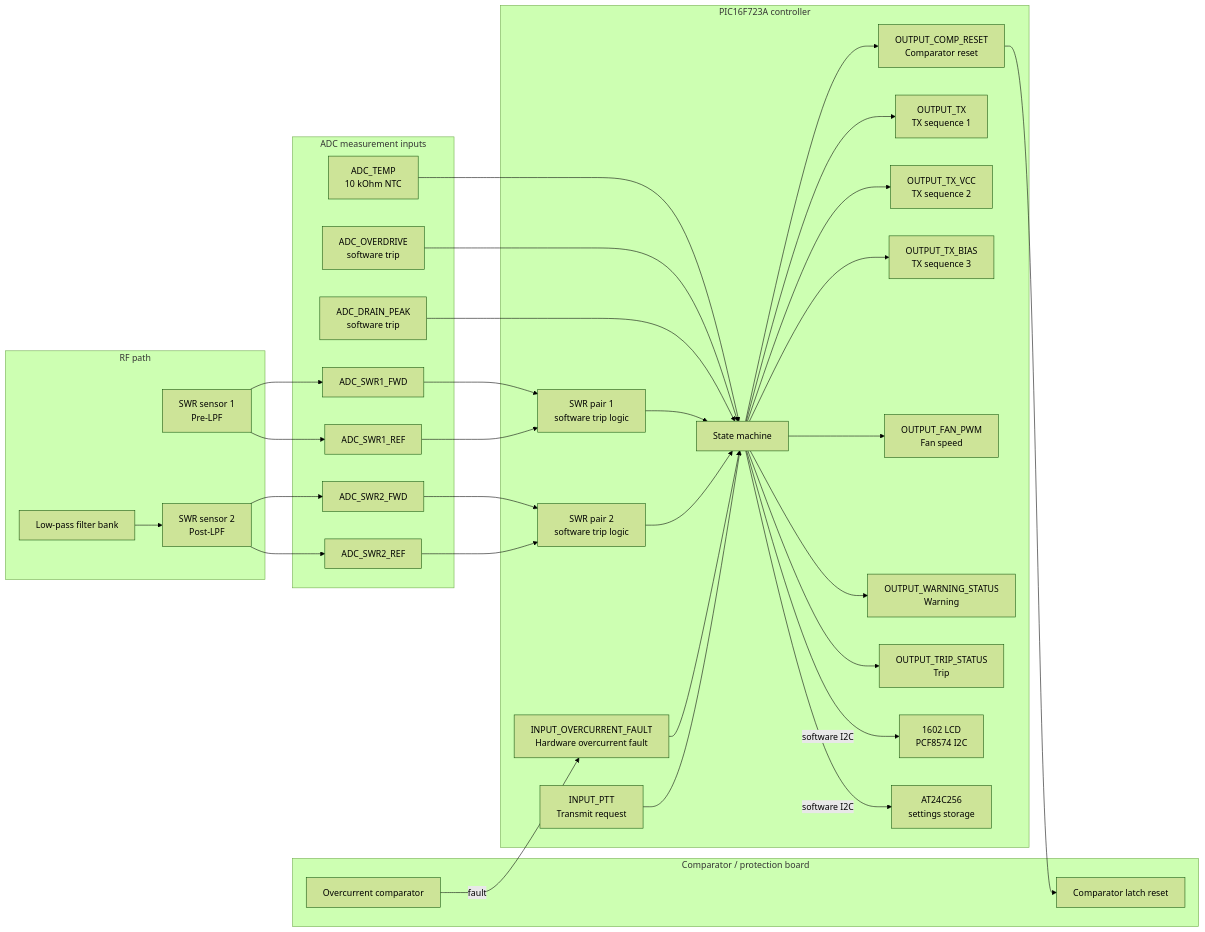
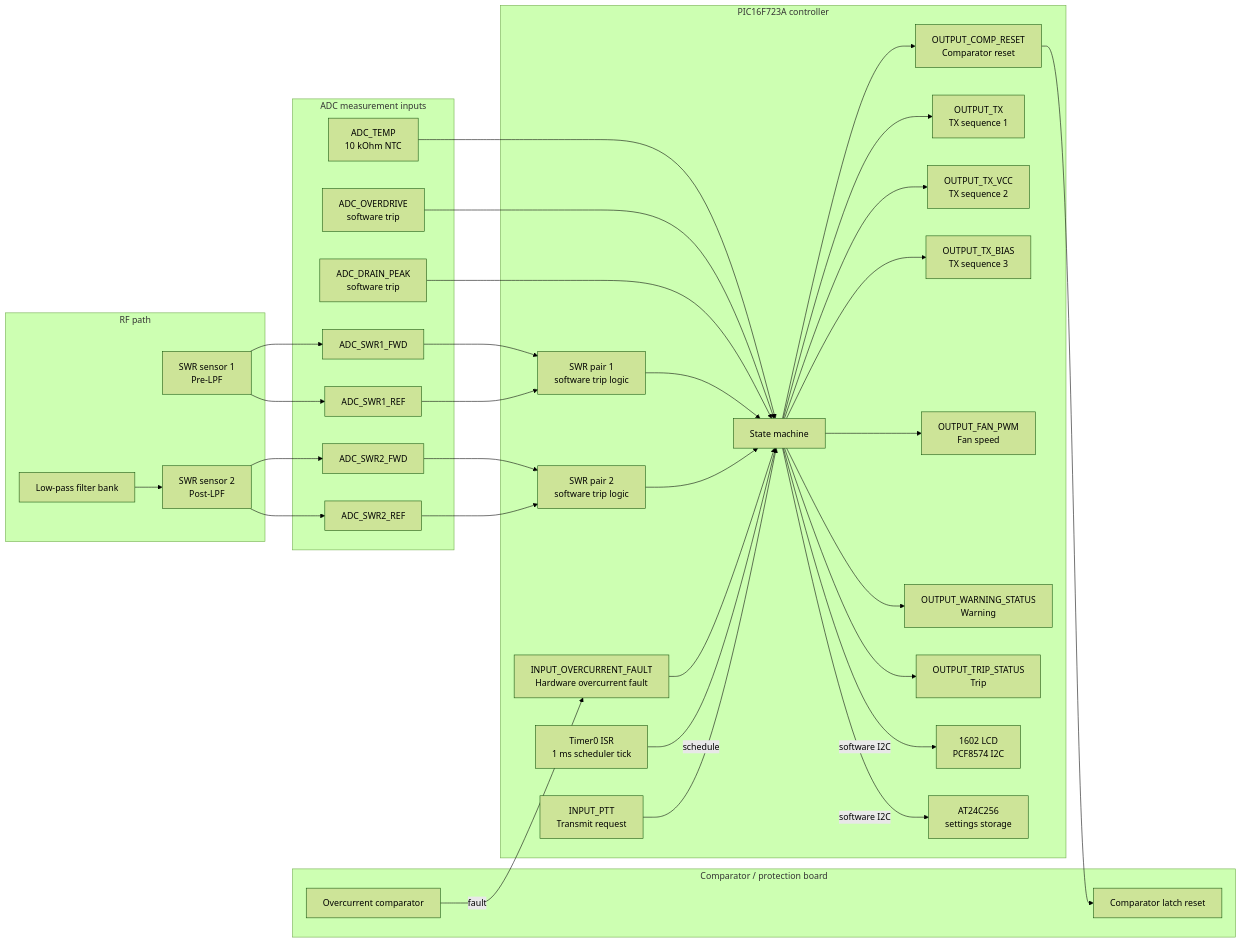
The diagram in README.md (sjk7/PicAmpControl), drawn with Mermaid (forest theme) before and after one commit. The commit also changed other lines of this file and 3 other files, not shown here.

````diff
--- a/README.md
+++ b/README.md
@@ -42,71 +42,73 @@
 ```mermaid
 flowchart LR
     subgraph RF["RF path"]
         PRE["SWR sensor 1\nPre-LPF"]
         FILTER["Low-pass filter bank"]
         POST["SWR sensor 2\nPost-LPF"]
     end
 
     subgraph ADC["ADC measurement inputs"]
         PRE_FWD["ADC_SWR1_FWD"]
         PRE_REF["ADC_SWR1_REF"]
         POST_FWD["ADC_SWR2_FWD"]
         POST_REF["ADC_SWR2_REF"]
         TEMP["ADC_TEMP\n10 kOhm NTC"]
         OVERDRIVE["ADC_OVERDRIVE\nsoftware trip"]
         DRAIN_ADC["ADC_DRAIN_PEAK\nsoftware trip"]
     end
 
     subgraph ComparatorBoard["Comparator / protection board"]
         OC["Overcurrent comparator"]
         COMP_RESET["Comparator latch reset"]
     end
 
     subgraph MCU["PIC16F723A controller"]
         PTT["INPUT_PTT\nTransmit request"]
         RESET["OUTPUT_COMP_RESET\nComparator reset"]
         HARD["INPUT_OVERCURRENT_FAULT\nHardware overcurrent fault"]
+        TICK["Timer0 ISR\n1 ms scheduler tick"]
         STATE["State machine"]
         SWR1["SWR pair 1\nsoftware trip logic"]
         SWR2["SWR pair 2\nsoftware trip logic"]
         TX["OUTPUT_TX\nTX sequence 1"]
         TXVCC["OUTPUT_TX_VCC\nTX sequence 2"]
         TXBIAS["OUTPUT_TX_BIAS\nTX sequence 3"]
         FAN["OUTPUT_FAN_PWM\nFan speed"]
         WARN["OUTPUT_WARNING_STATUS\nWarning"]
         TRIP["OUTPUT_TRIP_STATUS\nTrip"]
         LCD["1602 LCD\nPCF8574 I2C"]
         EEPROM["AT24C256\nsettings storage"]
     end
 
     PRE --> PRE_FWD
     PRE --> PRE_REF
     FILTER --> POST
     POST --> POST_FWD
     POST --> POST_REF
 
     PRE_FWD --> SWR1
     PRE_REF --> SWR1
     POST_FWD --> SWR2
     POST_REF --> SWR2
     TEMP --> STATE
     OVERDRIVE --> STATE
     DRAIN_ADC --> STATE
 
     SWR1 --> STATE
     SWR2 --> STATE
     OC -->|fault| HARD
     HARD --> STATE
+    TICK -->|schedule| STATE
 
     PTT --> STATE
     STATE --> RESET
     RESET --> COMP_RESET
     STATE --> TX
     STATE --> TXVCC
     STATE --> TXBIAS
     STATE --> FAN
     STATE --> WARN
     STATE --> TRIP
     STATE -->|software I2C| LCD
     STATE -->|software I2C| EEPROM
 ```
````
